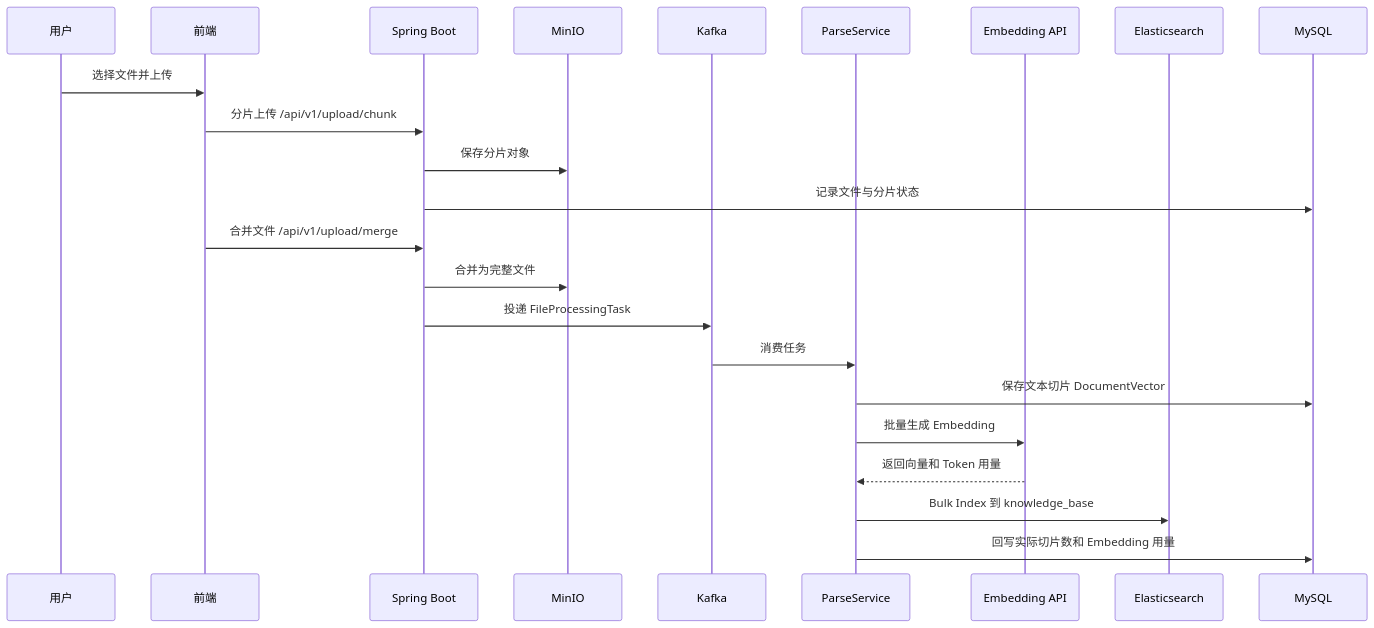
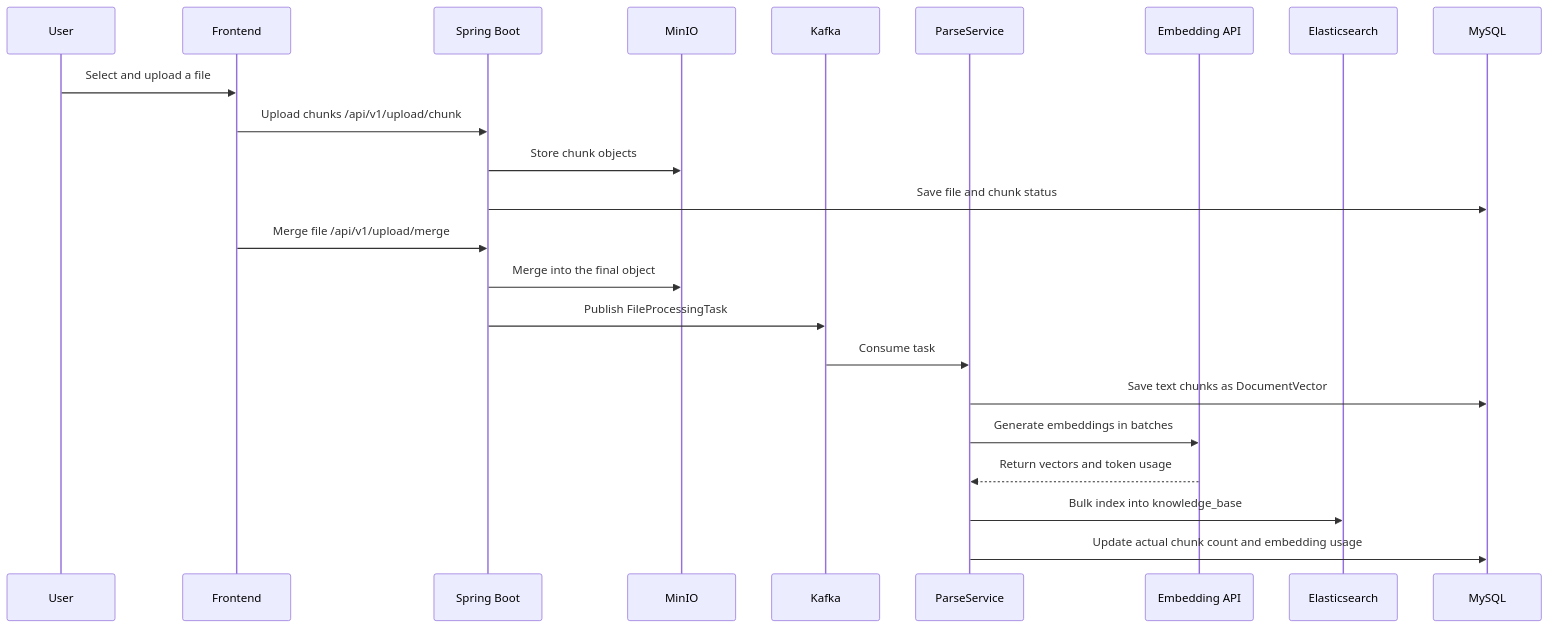
The second of 3 diagrams in README.md (Rishi-Mishima/RAG-smart-flowpai), drawn with Mermaid before and after one commit. The commit also changed other lines of this file, not shown here.

````diff
--- a/README.md
+++ b/README.md
@@ -63,26 +63,26 @@
 ```mermaid
 sequenceDiagram
-    participant U as 用户
-    participant F as 前端
+    participant U as User
+    participant F as Frontend
     participant B as Spring Boot
     participant M as MinIO
     participant K as Kafka
     participant P as ParseService
     participant E as Embedding API
     participant S as Elasticsearch
     participant D as MySQL
 
-    U->>F: 选择文件并上传
-    F->>B: 分片上传 /api/v1/upload/chunk
-    B->>M: 保存分片对象
-    B->>D: 记录文件与分片状态
-    F->>B: 合并文件 /api/v1/upload/merge
-    B->>M: 合并为完整文件
-    B->>K: 投递 FileProcessingTask
-    K->>P: 消费任务
-    P->>D: 保存文本切片 DocumentVector
-    P->>E: 批量生成 Embedding
-    E-->>P: 返回向量和 Token 用量
-    P->>S: Bulk Index 到 knowledge_base
-    P->>D: 回写实际切片数和 Embedding 用量
+    U->>F: Select and upload a file
+    F->>B: Upload chunks /api/v1/upload/chunk
+    B->>M: Store chunk objects
+    B->>D: Save file and chunk status
+    F->>B: Merge file /api/v1/upload/merge
+    B->>M: Merge into the final object
+    B->>K: Publish FileProcessingTask
+    K->>P: Consume task
+    P->>D: Save text chunks as DocumentVector
+    P->>E: Generate embeddings in batches
+    E-->>P: Return vectors and token usage
+    P->>S: Bulk index into knowledge_base
+    P->>D: Update actual chunk count and embedding usage
 ```
````
